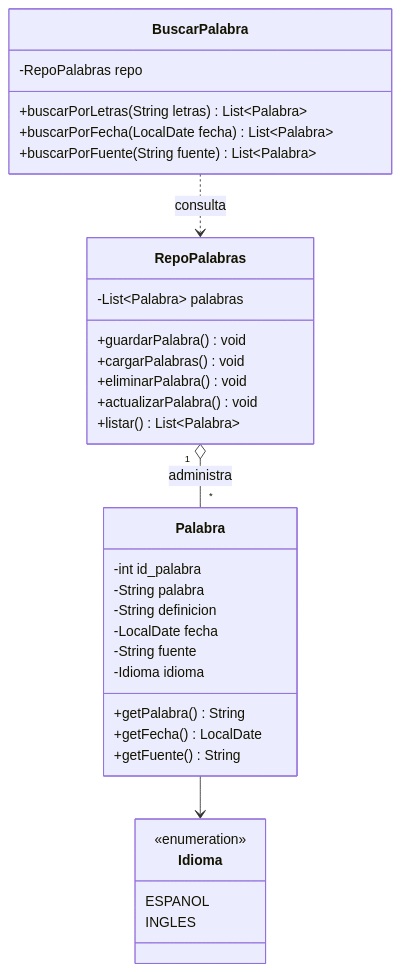
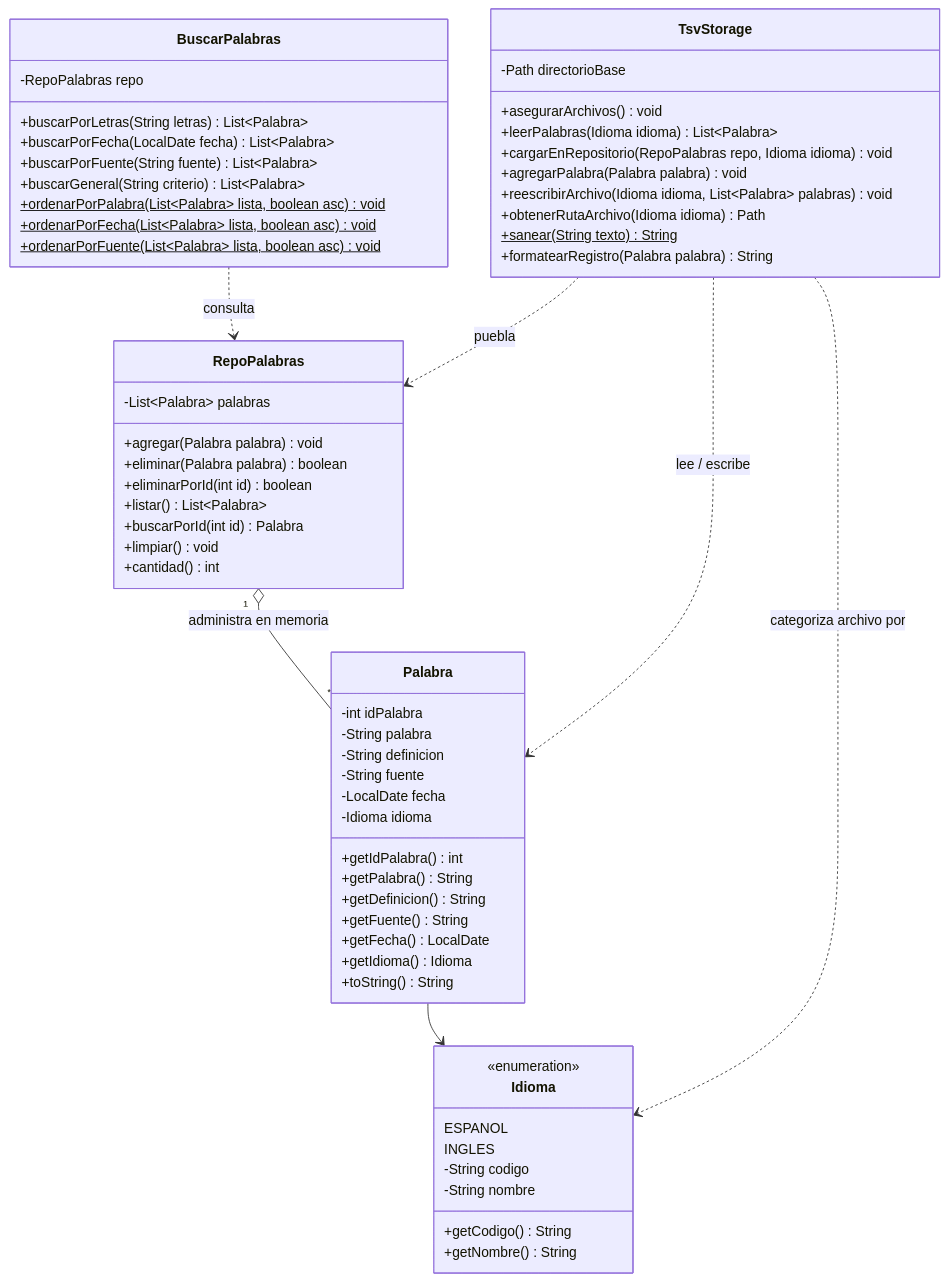
One commit to manupinta2009-max/Diksy changed the diagram in Docs/UML.md. Above: the diagram before and after it, drawn with Mermaid. The commit also changed other lines of this file and 29 other files, not shown here.

````diff
--- a/Docs/UML.md
+++ b/Docs/UML.md
@@ -2,40 +3,69 @@
 ```mermaid
 classDiagram
     class Palabra {
-        -int id_palabra
+        -int idPalabra
         -String palabra
         -String definicion
+        -String fuente
         -LocalDate fecha
-        -String fuente
         -Idioma idioma
+        +getIdPalabra() int
         +getPalabra() String
+        +getDefinicion() String
+        +getFuente() String
         +getFecha() LocalDate
-        +getFuente() String
+        +getIdioma() Idioma
+        +toString() String
     }
 
     class Idioma {
         <<enumeration>>
         ESPANOL
         INGLES
+        -String codigo
+        -String nombre
+        +getCodigo() String
+        +getNombre() String
     }
 
     class RepoPalabras {
         -List~Palabra~ palabras
-        +guardarPalabra() void
-        +cargarPalabras() void
-        +eliminarPalabra() void
-        +actualizarPalabra() void
+        +agregar(Palabra palabra) void
+        +eliminar(Palabra palabra) boolean
+        +eliminarPorId(int id) boolean
         +listar() List~Palabra~
+        +buscarPorId(int id) Palabra
+        +limpiar() void
+        +cantidad() int
     }
 
-    class BuscarPalabra {
+    class BuscarPalabras {
         -RepoPalabras repo
         +buscarPorLetras(String letras) List~Palabra~
         +buscarPorFecha(LocalDate fecha) List~Palabra~
         +buscarPorFuente(String fuente) List~Palabra~
+        +buscarGeneral(String criterio) List~Palabra~
+        +ordenarPorPalabra(List~Palabra~ lista, boolean asc)$ void
+        +ordenarPorFecha(List~Palabra~ lista, boolean asc)$ void
+        +ordenarPorFuente(List~Palabra~ lista, boolean asc)$ void
+    }
+
+    class TsvStorage {
+        -Path directorioBase
+        +asegurarArchivos() void
+        +leerPalabras(Idioma idioma) List~Palabra~
+        +cargarEnRepositorio(RepoPalabras repo, Idioma idioma) void
+        +agregarPalabra(Palabra palabra) void
+        +reescribirArchivo(Idioma idioma, List~Palabra~ palabras) void
+        +obtenerRutaArchivo(Idioma idioma) Path
+        +sanear(String texto)$ String
+        +formatearRegistro(Palabra palabra) String
     }
 
     Palabra --> Idioma
-    RepoPalabras "1" o-- "*" Palabra : administra
-    BuscarPalabra ..> RepoPalabras : consulta
+    RepoPalabras "1" o-- "*" Palabra : administra en memoria
+    BuscarPalabras ..> RepoPalabras : consulta
+    TsvStorage ..> Palabra : lee / escribe
+    TsvStorage ..> Idioma : categoriza archivo por
+    TsvStorage ..> RepoPalabras : puebla
 ```
````
